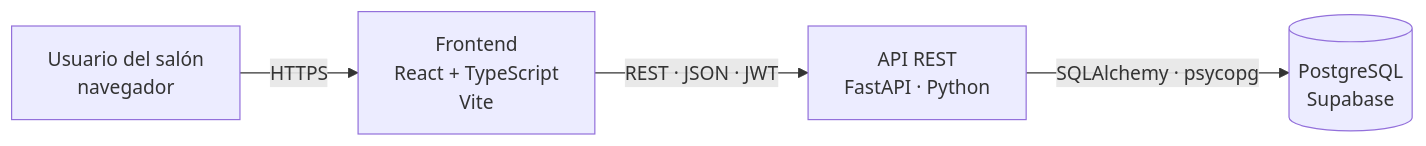
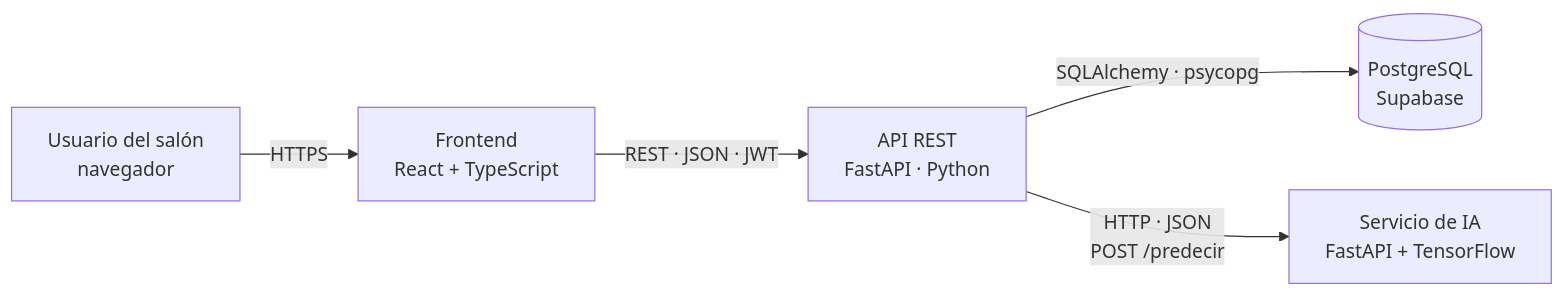
The first of 2 diagrams in README.md (MiguelACoronado/SalonFlowERP), drawn with Mermaid before and after one commit. The commit also changed other lines of this file, not shown here.

Commit message:
README final: servicio de IA, ejecución, configuración y protección de datos

````diff
--- a/README.md
+++ b/README.md
@@ -14,6 +12,7 @@
 ```mermaid
 flowchart LR
-    U[Usuario del salón<br/>navegador] -->|HTTPS| F[Frontend<br/>React + TypeScript<br/>Vite]
+    U[Usuario del salón<br/>navegador] -->|HTTPS| F[Frontend<br/>React + TypeScript]
     F -->|REST · JSON · JWT| A[API REST<br/>FastAPI · Python]
     A -->|SQLAlchemy · psycopg| D[(PostgreSQL<br/>Supabase)]
+    A -->|HTTP · JSON<br/>POST /predecir| IA[Servicio de IA<br/>FastAPI + TensorFlow]
 ```
````
